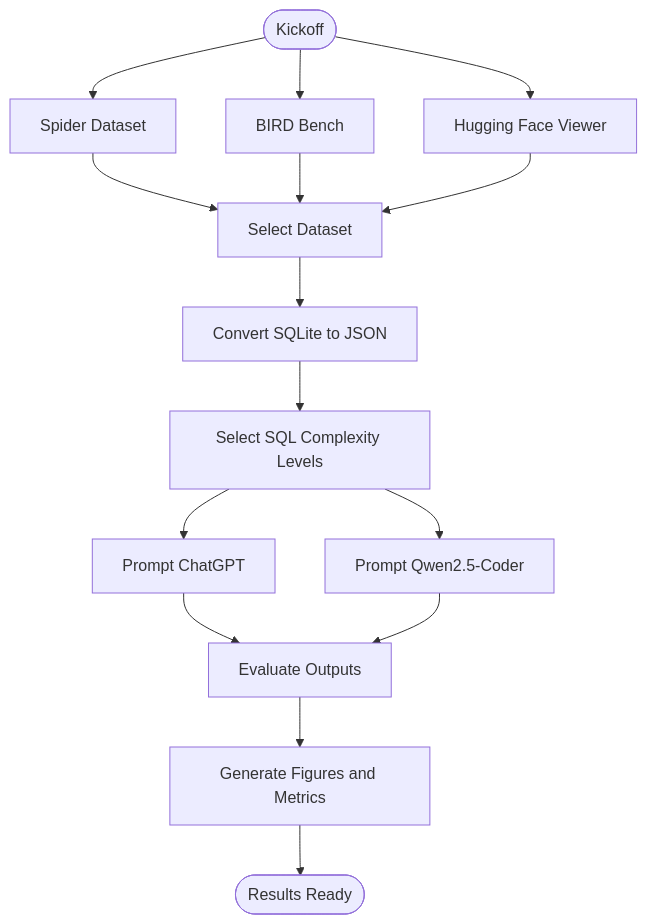
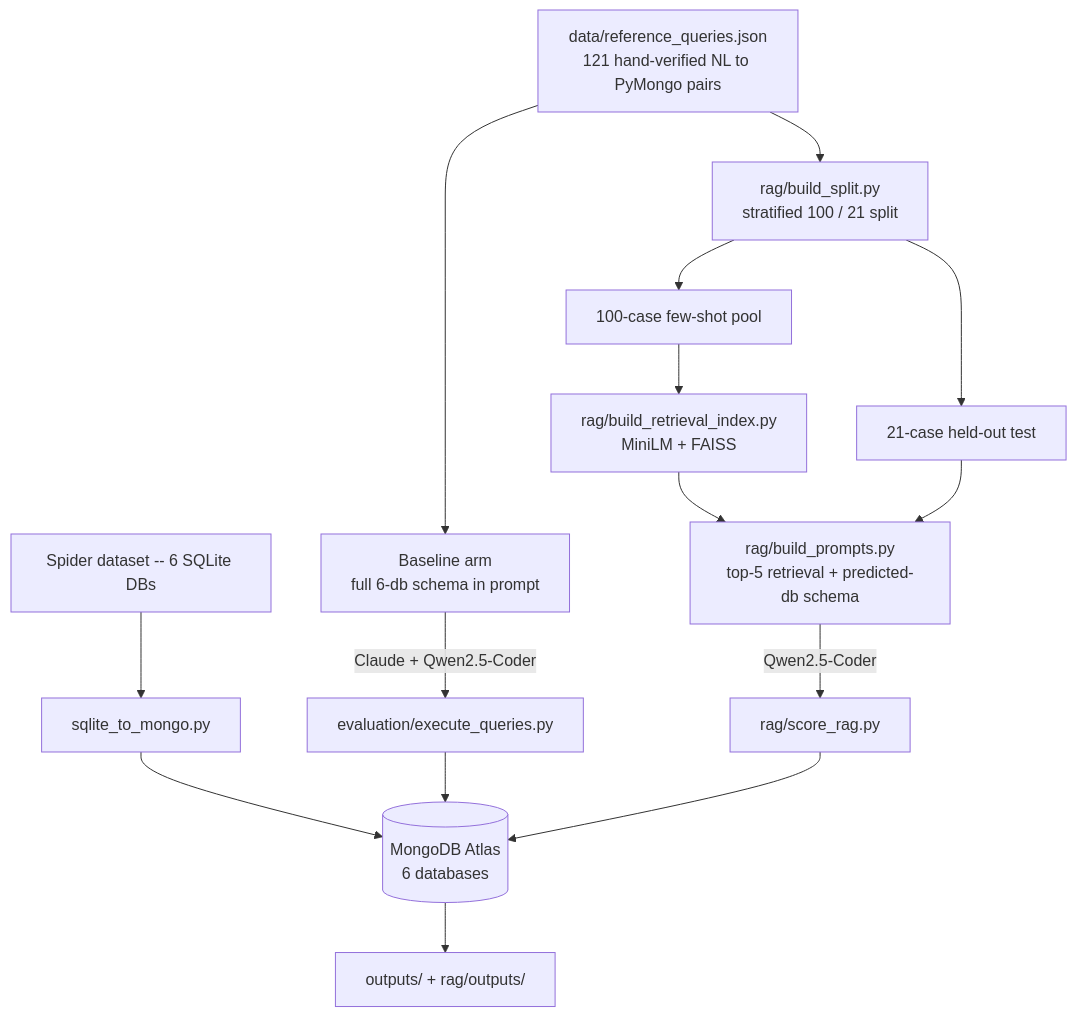
Before and after one commit to tarun1125/CSAIML-Capstone-Project-20: the diagram in README.md, drawn with Mermaid. The commit also changed other lines of this file and 26 other files, not shown here.

First line of the commit message:
Enhance RAG notebook and scoring scripts for K-sweep evaluation

````diff
--- a/README.md
+++ b/README.md
@@ -7,20 +12,20 @@
 ```mermaid
 graph TD
-    Start([Kickoff]) --> EDA1[Spider Dataset]
-    Start --> EDA2[BIRD Bench]
-    Start --> EDA3[Hugging Face Viewer]
+    Spider[Spider dataset -- 6 SQLite DBs] --> Convert[sqlite_to_mongo.py]
+    Convert --> Atlas[(MongoDB Atlas\n6 databases)]
 
-    EDA1 --> Pick[Select Dataset]
-    EDA2 --> Pick
-    EDA3 --> Pick
+    Ref[data/reference_queries.json\n121 hand-verified NL to PyMongo pairs] --> Baseline
+    Ref --> Split[rag/build_split.py\nstratified 100 / 21 split]
 
-    Pick --> Convert[Convert SQLite to JSON]
-    Convert --> SQL[Select SQL Complexity Levels]
-    SQL --> GPT[Prompt ChatGPT]
-    SQL --> QWEN[Prompt Qwen2.5-Coder]
+    Baseline[Baseline arm\nfull 6-db schema in prompt] -->|Claude + Qwen2.5-Coder| Score1[evaluation/execute_queries.py]
 
-    GPT --> Eval[Evaluate Outputs]
-    QWEN --> Eval
-    Eval --> Viz[Generate Figures and Metrics]
-    Viz --> End([Results Ready])
+    Split --> Pool[100-case few-shot pool] --> Index[rag/build_retrieval_index.py\nMiniLM + FAISS]
+    Split --> Test[21-case held-out test]
+    Index --> Prompts[rag/build_prompts.py\ntop-5 retrieval + predicted-db schema]
+    Test --> Prompts
+    Prompts -->|Qwen2.5-Coder| Score2[rag/score_rag.py]
+
+    Score1 --> Atlas
+    Score2 --> Atlas
+    Atlas --> Results[outputs/ + rag/outputs/]
 ```
````
